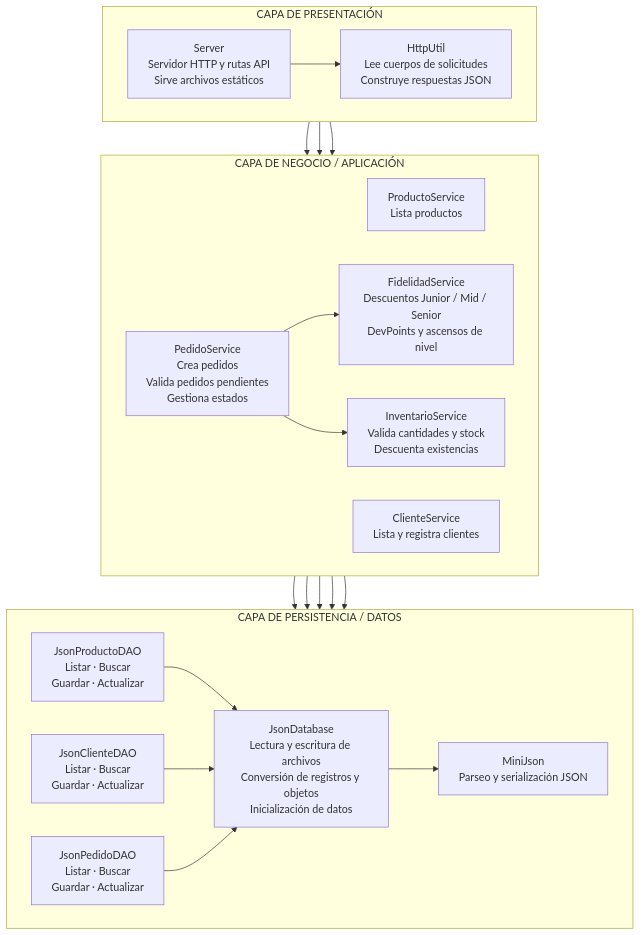
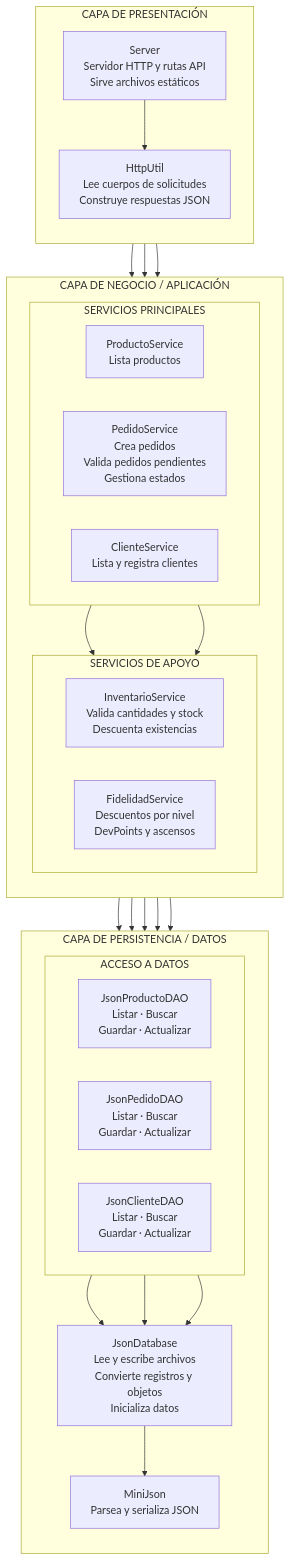
Before and after one commit to alejoms13/Taller-Modelo-N-Tier: the diagram in docs/diagramas-c4/c3-componentes.mmd, drawn with Mermaid.

```diff
--- a/docs/diagramas-c4/c3-componentes.mmd
+++ b/docs/diagramas-c4/c3-componentes.mmd
@@ -1,44 +1,58 @@
+
 flowchart TB
 
     subgraph P["CAPA DE PRESENTACIÓN"]
-        direction LR
+        direction TB
         Server["Server<br/>Servidor HTTP y rutas API<br/>Sirve archivos estáticos"]
         HU["HttpUtil<br/>Lee cuerpos de solicitudes<br/>Construye respuestas JSON"]
         Server --> HU
     end
 
     subgraph N["CAPA DE NEGOCIO / APLICACIÓN"]
-        direction LR
-        PS["ProductoService<br/>Lista productos"]
-        CS["ClienteService<br/>Lista y registra clientes"]
-        OS["PedidoService<br/>Crea pedidos<br/>Valida pedidos pendientes<br/>Gestiona estados"]
-        FS["FidelidadService<br/>Descuentos Junior / Mid / Senior<br/>DevPoints y ascensos de nivel"]
-        IS["InventarioService<br/>Valida cantidades y stock<br/>Descuenta existencias"]
+        direction TB
+
+        subgraph NS["SERVICIOS PRINCIPALES"]
+            direction LR
+            PS["ProductoService<br/>Lista productos"]
+            OS["PedidoService<br/>Crea pedidos<br/>Valida pedidos pendientes<br/>Gestiona estados"]
+            CS["ClienteService<br/>Lista y registra clientes"]
+        end
+
+        subgraph NR["SERVICIOS DE APOYO"]
+            direction LR
+            IS["InventarioService<br/>Valida cantidades y stock<br/>Descuenta existencias"]
+            FS["FidelidadService<br/>Descuentos por nivel<br/>DevPoints y ascensos"]
+        end
+
+        OS --> IS
+        OS --> FS
     end
 
     subgraph D["CAPA DE PERSISTENCIA / DATOS"]
-        direction LR
-        PDA["JsonProductoDAO<br/>Listar · Buscar<br/>Guardar · Actualizar"]
-        CDA["JsonClienteDAO<br/>Listar · Buscar<br/>Guardar · Actualizar"]
-        ODA["JsonPedidoDAO<br/>Listar · Buscar<br/>Guardar · Actualizar"]
-        DB["JsonDatabase<br/>Lectura y escritura de archivos<br/>Conversión de registros y objetos<br/>Inicialización de datos"]
-        MJ["MiniJson<br/>Parseo y serialización JSON"]
+        direction TB
+
+        subgraph DAOS["ACCESO A DATOS"]
+            direction LR
+            PDA["JsonProductoDAO<br/>Listar · Buscar<br/>Guardar · Actualizar"]
+            ODA["JsonPedidoDAO<br/>Listar · Buscar<br/>Guardar · Actualizar"]
+            CDA["JsonClienteDAO<br/>Listar · Buscar<br/>Guardar · Actualizar"]
+        end
+
+        DB["JsonDatabase<br/>Lee y escribe archivos<br/>Convierte registros y objetos<br/>Inicializa datos"]
+        MJ["MiniJson<br/>Parsea y serializa JSON"]
+
+        PDA --> DB
+        ODA --> DB
+        CDA --> DB
+        DB --> MJ
     end
 
     Server --> PS
+    Server --> OS
     Server --> CS
-    Server --> OS
 
     PS --> PDA
+    OS --> PDA
+    OS --> ODA
+    OS --> CDA
     CS --> CDA
-
-    OS --> PDA
-    OS --> CDA
-    OS --> ODA
-    OS --> FS
-    OS --> IS
-
-    PDA --> DB
-    CDA --> DB
-    ODA --> DB
-    DB --> MJ
```
